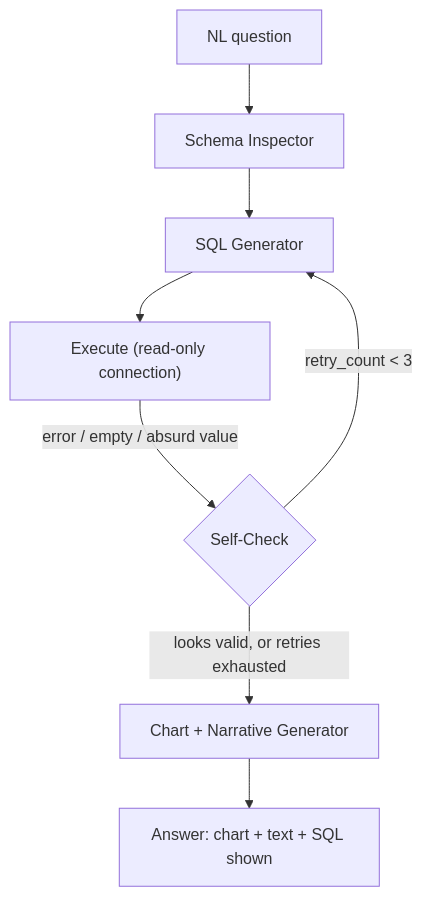
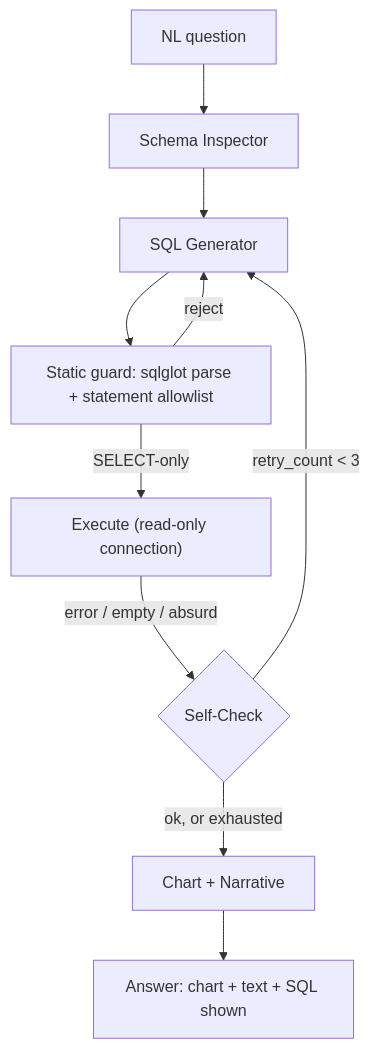
Before and after one commit to shrey1409/Multiple-AI-Agents-Projects: the diagram in projects/05-self-healing-sql-analytics-agent/PLAN.md, drawn with Mermaid. The commit also changed other lines of this file and 11 other files, not shown here.

````diff
--- a/projects/05-self-healing-sql-analytics-agent/PLAN.md
+++ b/projects/05-self-healing-sql-analytics-agent/PLAN.md
@@ -17,10 +19,12 @@
 ```mermaid
 flowchart TD
     Q["NL question"] --> SC[Schema Inspector]
     SC --> GEN[SQL Generator]
-    GEN --> EXEC["Execute (read-only connection)"]
-    EXEC -->|error / empty / absurd value| CHK{Self-Check}
+    GEN --> GUARD[Static guard: sqlglot parse + statement allowlist]
+    GUARD -->|reject| GEN
+    GUARD -->|SELECT-only| EXEC["Execute (read-only connection)"]
+    EXEC -->|error / empty / absurd| CHK{Self-Check}
     CHK -->|retry_count < 3| GEN
-    CHK -->|looks valid, or retries exhausted| NAR[Chart + Narrative Generator]
+    CHK -->|ok, or exhausted| NAR[Chart + Narrative]
     NAR --> OUT["Answer: chart + text + SQL shown"]
 ```
````
